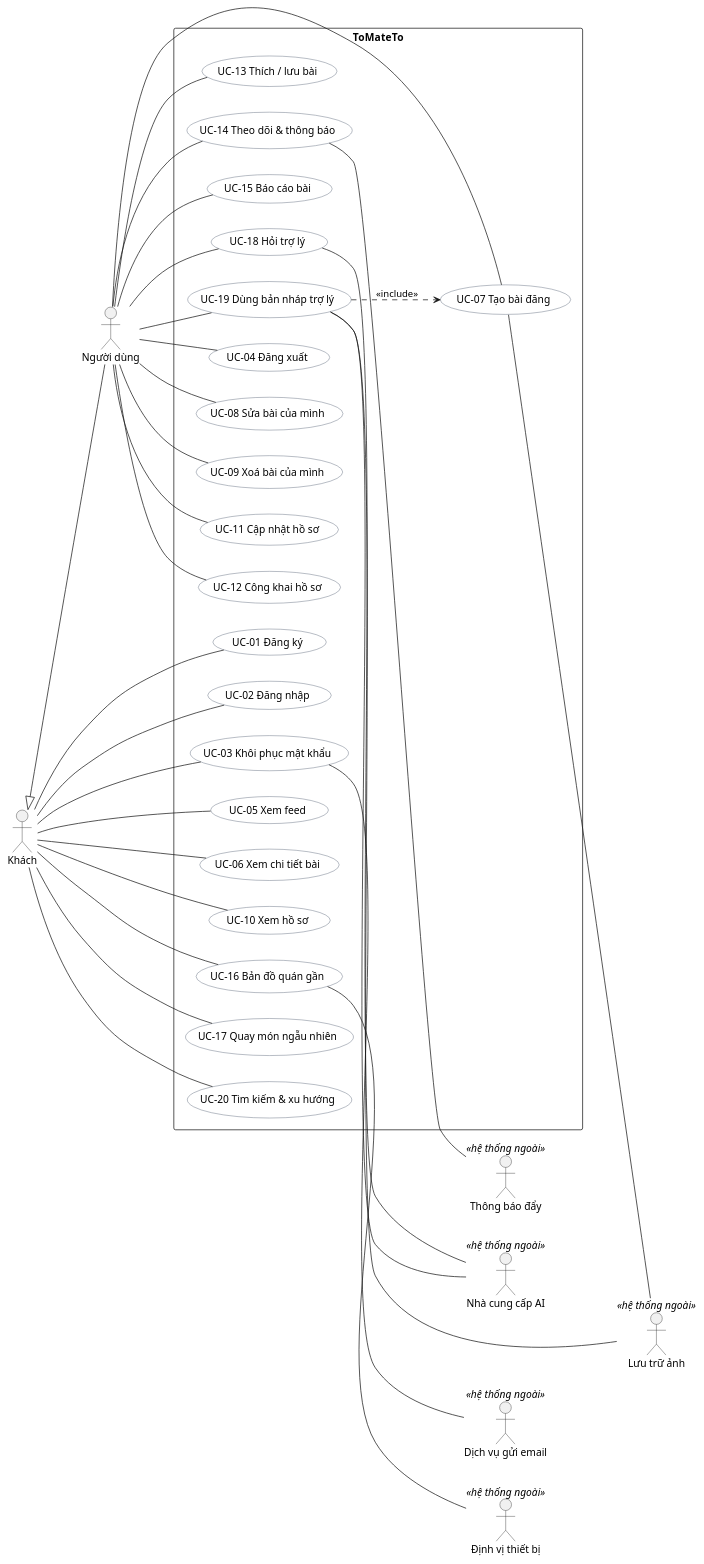
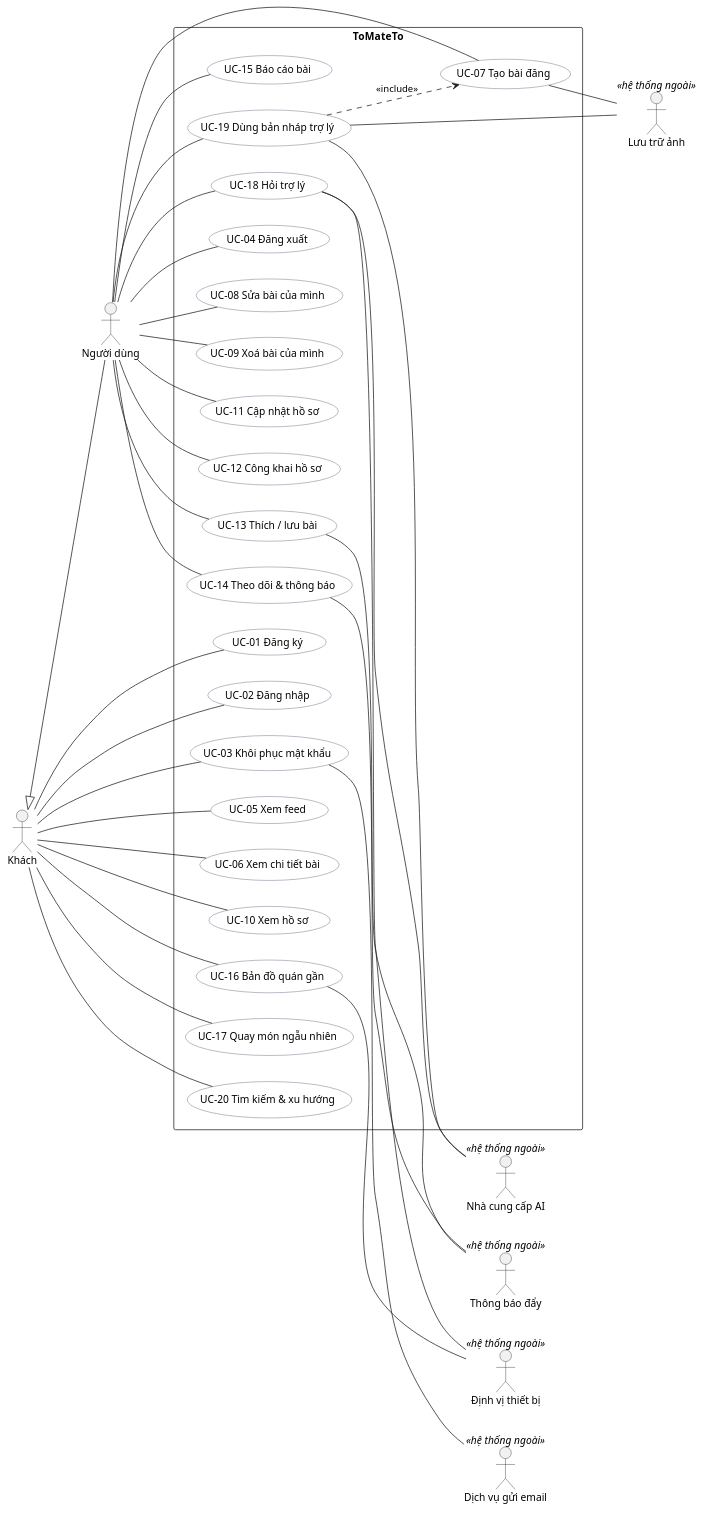
Before and after one commit to anqp5002/ToMateTo: the diagram in docs/yeu_cau/hinh/2.1-A_usecase.puml, drawn with PlantUML. The commit also changed 4 other files, not shown here.

```diff
--- a/docs/yeu_cau/hinh/2.1-A_usecase.puml
+++ b/docs/yeu_cau/hinh/2.1-A_usecase.puml
@@ -1,90 +1,92 @@
 @startuml 2.1-A_usecase
 ' DOC 2.1-A — Use Case Diagram ToMateTo
 
 left to right direction
 skinparam usecase {
   BackgroundColor White
   BorderColor #3A4A5E
 }
 skinparam packageStyle rectangle
 skinparam shadowing false
 
 actor "Khách" as KHACH
 actor "Người dùng" as USER
 KHACH <|-- USER
 
 actor "Dịch vụ gửi email" as EMAIL <<hệ thống ngoài>>
 actor "Lưu trữ ảnh" as IMG <<hệ thống ngoài>>
 actor "Thông báo đẩy" as PUSH <<hệ thống ngoài>>
 actor "Nhà cung cấp AI" as AI <<hệ thống ngoài>>
 actor "Định vị thiết bị" as GEO <<hệ thống ngoài>>
 
 rectangle "ToMateTo" {
 
   ' --- Tài khoản ---
   usecase "UC-01 Đăng ký" as U01
   usecase "UC-02 Đăng nhập" as U02
   usecase "UC-03 Khôi phục mật khẩu" as U03
   usecase "UC-04 Đăng xuất" as U04
 
   ' --- Feed & nội dung ---
   usecase "UC-05 Xem feed" as U05
   usecase "UC-06 Xem chi tiết bài" as U06
   usecase "UC-07 Tạo bài đăng" as U07
   usecase "UC-08 Sửa bài của mình" as U08
   usecase "UC-09 Xoá bài của mình" as U09
 
   ' --- Hồ sơ ---
   usecase "UC-10 Xem hồ sơ" as U10
   usecase "UC-11 Cập nhật hồ sơ" as U11
   usecase "UC-12 Công khai hồ sơ" as U12
 
   ' --- Tương tác ---
   usecase "UC-13 Thích / lưu bài" as U13
   usecase "UC-14 Theo dõi & thông báo" as U14
   usecase "UC-15 Báo cáo bài" as U15
 
   ' --- Khám phá & AI ---
   usecase "UC-16 Bản đồ quán gần" as U16
   usecase "UC-17 Quay món ngẫu nhiên" as U17
   usecase "UC-18 Hỏi trợ lý" as U18
   usecase "UC-19 Dùng bản nháp trợ lý" as U19
   usecase "UC-20 Tìm kiếm & xu hướng" as U20
 }
 
 ' Khách: chức năng công khai (đọc + đăng ký/nhập)
 KHACH -- U01
 KHACH -- U02
 KHACH -- U03
 KHACH -- U05
 KHACH -- U06
 KHACH -- U10
 KHACH -- U16
 KHACH -- U17
 KHACH -- U20
 
 ' Người dùng: chức năng cần đăng nhập (kế thừa toàn bộ quyền Khách)
 USER -- U04
 USER -- U07
 USER -- U08
 USER -- U09
 USER -- U11
 USER -- U12
 USER -- U13
 USER -- U14
 USER -- U15
 USER -- U18
 USER -- U19
 
 ' Quan hệ duy nhất giữa các UC
 U19 ..> U07 : <<include>>
 
 ' Actor phụ
 U03 -- EMAIL
 U07 -- IMG
 U19 -- IMG
+U13 -- PUSH
 U14 -- PUSH
 U18 -- AI
+U18 -- GEO
 U19 -- AI
 U16 -- GEO
 @enduml
```
